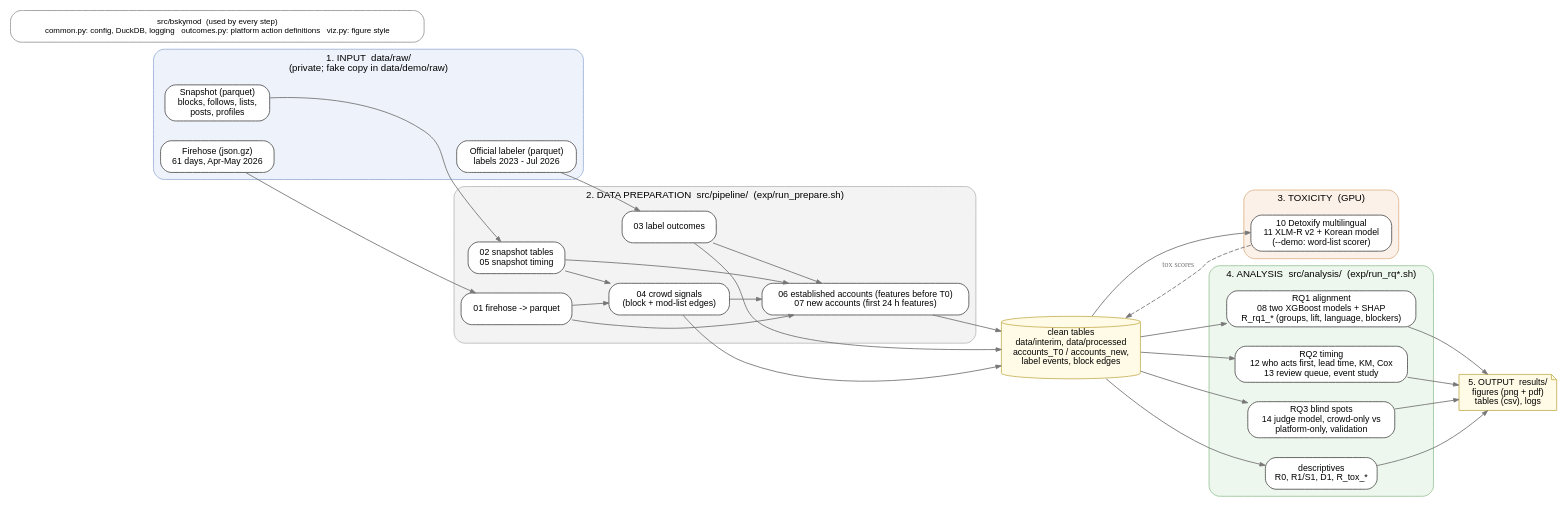
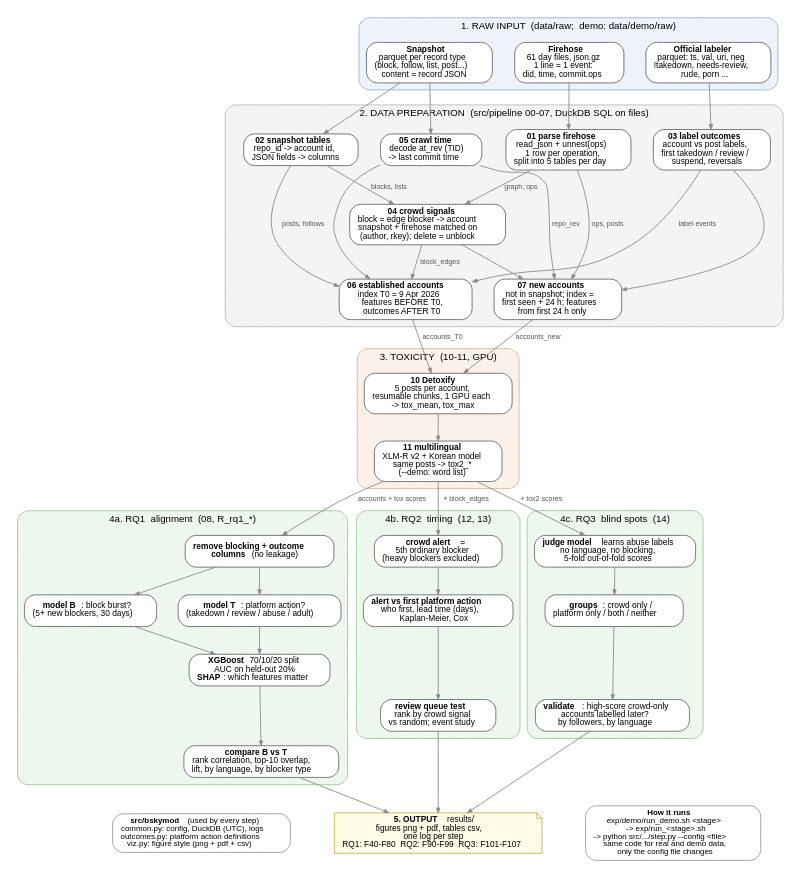
Before and after one commit to Sushmasriraavi/bluesky-crowd-vs-platform: the diagram in docs/architecture.dot, drawn with Graphviz. The commit also changed 2 other files, not shown here.

Commit message:
Detailed working-level architecture diagram

```diff
--- a/docs/architecture.dot
+++ b/docs/architecture.dot
@@ -1,40 +1,71 @@
 digraph G {
-  rankdir=LR; nodesep=0.3; ranksep=0.5; fontname="Helvetica"; newrank=true; splines=spline;
-  node [shape=box, style="rounded,filled", fontname="Helvetica", fontsize=10, fillcolor="#ffffff", color="#555555"];
-  edge [color="#777777", arrowsize=0.6];
+  rankdir=TB; newrank=true; nodesep=0.35; ranksep=0.42; splines=spline; fontname="Helvetica"; compound=true;
+  node [shape=box, style="rounded,filled", fontname="Helvetica", fontsize=9.5, fillcolor="#ffffff", color="#666666", margin="0.12,0.06"];
+  edge [color="#8a8a8a", arrowsize=0.55, fontname="Helvetica", fontsize=8, fontcolor="#555555"];
 
-  subgraph cluster_in { label="1. INPUT  data/raw/\n(private; fake copy in data/demo/raw)"; style="rounded,filled"; fillcolor="#eef3fb"; color="#9db3d8"; fontsize=11;
-    snap [label="Snapshot (parquet)\nblocks, follows, lists,\nposts, profiles"];
-    fh   [label="Firehose (json.gz)\n61 days, Apr-May 2026"];
-    lab  [label="Official labeler (parquet)\nlabels 2023 - Jul 2026"];
+  // ---------------- INPUT
+  subgraph cluster_in { label="1. RAW INPUT  (data/raw;  demo: data/demo/raw)"; style="rounded,filled"; fillcolor="#eef3fb"; color="#9db3d8"; fontsize=11;
+    fh   [label=<<b>Firehose</b><br/>61 day files, json.gz<br/>1 line = 1 event:<br/>did, time, commit.ops>];
+    snap [label=<<b>Snapshot</b><br/>parquet per record type<br/>(block, follow, list, post...)<br/>content = record JSON>];
+    lab  [label=<<b>Official labeler</b><br/>parquet: ts, val, uri, neg<br/>!takedown, needs-review,<br/>rude, porn ...>];
   }
-  subgraph cluster_prep { label="2. DATA PREPARATION  src/pipeline/  (exp/run_prepare.sh)"; style="rounded,filled"; fillcolor="#f3f3f3"; color="#bbbbbb"; fontsize=11;
-    s02 [label="02 snapshot tables\n05 snapshot timing"];
-    s01 [label="01 firehose -> parquet"];
-    s03 [label="03 label outcomes"];
-    s04 [label="04 crowd signals\n(block + mod-list edges)"];
-    s67 [label="06 established accounts (features before T0)\n07 new accounts (first 24 h features)"];
+
+  // ---------------- PREPARE
+  subgraph cluster_prep { label="2. DATA PREPARATION  (src/pipeline 00-07, DuckDB SQL on files)"; style="rounded,filled"; fillcolor="#f4f4f4"; color="#bbbbbb"; fontsize=11;
+    s01 [label=<<b>01 parse firehose</b><br/>read_json + unnest(ops)<br/>1 row per operation,<br/>split into 5 tables per day>];
+    s02 [label=<<b>02 snapshot tables</b><br/>repo_id -&gt; account id,<br/>JSON fields -&gt; columns>];
+    s05 [label=<<b>05 crawl time</b><br/>decode at_rev (TID)<br/>-&gt; last commit time>];
+    s03 [label=<<b>03 label outcomes</b><br/>account vs post labels,<br/>first takedown / review /<br/>suspend, reversals>];
+    s04 [label=<<b>04 crowd signals</b><br/>block = edge blocker -&gt; account<br/>snapshot + firehose matched on<br/>(author, rkey); delete = unblock>];
+    s06 [label=<<b>06 established accounts</b><br/>index T0 = 9 Apr 2026<br/>features BEFORE T0,<br/>outcomes AFTER T0>];
+    s07 [label=<<b>07 new accounts</b><br/>not in snapshot; index =<br/>first seen + 24 h; features<br/>from first 24 h only>];
   }
-  hub [label="clean tables\ndata/interim, data/processed\naccounts_T0 / accounts_new,\nlabel events, block edges", shape=cylinder, fillcolor="#fffbe6", color="#c9b45c"];
-  subgraph cluster_tox { label="3. TOXICITY  (GPU)"; style="rounded,filled"; fillcolor="#fbf1e8"; color="#e0b48c"; fontsize=11;
-    tox [label="10 Detoxify multilingual\n11 XLM-R v2 + Korean model\n(--demo: word-list scorer)"];
+
+  // ---------------- TOXICITY
+  subgraph cluster_tox { label="3. TOXICITY  (10-11, GPU)"; style="rounded,filled"; fillcolor="#fbf1e8"; color="#e0b48c"; fontsize=11;
+    s10 [label=<<b>10 Detoxify</b><br/>5 posts per account,<br/>resumable chunks, 1 GPU each<br/>-&gt; tox_mean, tox_max>];
+    s11 [label=<<b>11 multilingual</b><br/>XLM-R v2 + Korean model<br/>same posts -&gt; tox2_*<br/>(--demo: word list)>];
   }
-  subgraph cluster_an { label="4. ANALYSIS  src/analysis/  (exp/run_rq*.sh)"; style="rounded,filled"; fillcolor="#eef7ee"; color="#9cc79c"; fontsize=11;
-    rq1 [label="RQ1 alignment\n08 two XGBoost models + SHAP\nR_rq1_* (groups, lift, language, blockers)"];
-    rq2 [label="RQ2 timing\n12 who acts first, lead time, KM, Cox\n13 review queue, event study"];
-    rq3 [label="RQ3 blind spots\n14 judge model, crowd-only vs\nplatform-only, validation"];
-    desc [label="descriptives\nR0, R1/S1, D1, R_tox_*"];
+
+  // ---------------- ANALYSIS
+  subgraph cluster_rq1 { label="4a. RQ1  alignment  (08, R_rq1_*)"; style="rounded,filled"; fillcolor="#eef7ee"; color="#9cc79c"; fontsize=11;
+    r1a [label=<<b>remove blocking + outcome</b><br/><b>columns</b> (no leakage)>];
+    r1b [label=<<b>model B</b>: block burst?<br/>(5+ new blockers, 30 days)>];
+    r1c [label=<<b>model T</b>: platform action?<br/>(takedown / review / abuse / adult)>];
+    r1d [label=<<b>XGBoost</b> 70/10/20 split<br/>AUC on held-out 20%<br/><b>SHAP</b>: which features matter>];
+    r1e [label=<<b>compare B vs T</b><br/>rank correlation, top-10 overlap,<br/>lift, by language, by blocker type>];
   }
-  out [label="5. OUTPUT  results/\nfigures (png + pdf)\ntables (csv), logs", shape=note, fillcolor="#fffbe6", color="#c9b45c"];
+  subgraph cluster_rq2 { label="4b. RQ2  timing  (12, 13)"; style="rounded,filled"; fillcolor="#eef7ee"; color="#9cc79c"; fontsize=11;
+    r2a [label=<<b>crowd alert</b> =<br/>5th ordinary blocker<br/>(heavy blockers excluded)>];
+    r2b [label=<<b>alert vs first platform action</b><br/>who first, lead time (days),<br/>Kaplan-Meier, Cox>];
+    r2c [label=<<b>review queue test</b><br/>rank by crowd signal<br/>vs random; event study>];
+  }
+  subgraph cluster_rq3 { label="4c. RQ3  blind spots  (14)"; style="rounded,filled"; fillcolor="#eef7ee"; color="#9cc79c"; fontsize=11;
+    r3a [label=<<b>judge model</b> learns abuse labels<br/>no language, no blocking,<br/>5-fold out-of-fold scores>];
+    r3b [label=<<b>groups</b>: crowd only /<br/>platform only / both / neither>];
+    r3c [label=<<b>validate</b>: high-score crowd-only<br/>accounts labelled later?<br/>by followers, by language>];
+  }
 
-  snap -> s02; fh -> s01; lab -> s03;
-  s01 -> s04; s02 -> s04;
-  s02 -> s67; s01 -> s67; s03 -> s67; s04 -> s67;
-  s67 -> hub; s03 -> hub; s04 -> hub;
-  hub -> tox; tox -> hub [style=dashed, label=" tox scores", fontsize=9, fontcolor="#777777"];
-  hub -> rq1; hub -> rq2; hub -> rq3; hub -> desc;
-  rq1 -> out; rq2 -> out; rq3 -> out; desc -> out;
+  out [label=<<b>5. OUTPUT</b>  results/<br/>figures png + pdf, tables csv,<br/>one log per step<br/>RQ1: F40-F80  RQ2: F90-F99  RQ3: F101-F107>, shape=note, fillcolor="#fffbe6", color="#c9b45c"];
 
-  lib [label="src/bskymod  (used by every step)\ncommon.py: config, DuckDB, logging   outcomes.py: platform action definitions   viz.py: figure style", fillcolor="#ffffff", color="#999999", fontsize=9];
-  {rank=sink; lib}
+  // ---------------- flows (edge labels = files passed on)
+  fh -> s01; snap -> s02; snap -> s05; lab -> s03;
+  {rank=same; s01; s02; s05; s03}
+  {rank=same; s06; s07}
+  s01 -> s04 [label="graph, ops"]; s02 -> s04 [label="blocks, lists"];
+  s01 -> s07 [label="ops, posts"]; s05 -> s07 [label="repo_rev"];
+  s02 -> s06 [label="posts, follows"]; s05 -> s06;
+  s03 -> s06 [label="label events"]; s03 -> s07;
+  s04 -> s06 [label="block_edges"]; s04 -> s07;
+  s06 -> s10 [label="accounts_T0"]; s07 -> s10 [label="accounts_new"]; s10 -> s11;
+  r1a -> r1b; r1a -> r1c; r1b -> r1d; r1c -> r1d; r1d -> r1e;
+  r2a -> r2b -> r2c;
+  r3a -> r3b -> r3c;
+  s11 -> r1a [label=" accounts + tox scores"]; s11 -> r2a [label=" + block_edges"]; s11 -> r3a [label=" + tox2 scores"];
+  r1e -> out; r2c -> out; r3c -> out;
+
+  lib [label=<<b>src/bskymod</b> (used by every step)<br/>common.py: config, DuckDB (UTC), logs<br/>outcomes.py: platform action definitions<br/>viz.py: figure style (png + pdf + csv)>, fillcolor="#ffffff", color="#999999", fontsize=9];
+  run [label=<<b>How it runs</b><br/>exp/demo/run_demo.sh &lt;stage&gt;<br/>-&gt; exp/run_&lt;stage&gt;.sh<br/>-&gt; python src/.../step.py --config &lt;file&gt;<br/>same code for real and demo data,<br/>only the config file changes>, fillcolor="#ffffff", color="#999999", fontsize=9];
+  {rank=same; out; lib; run}
+  lib -> out [style=invis]; out -> run [style=invis];
 }
```
